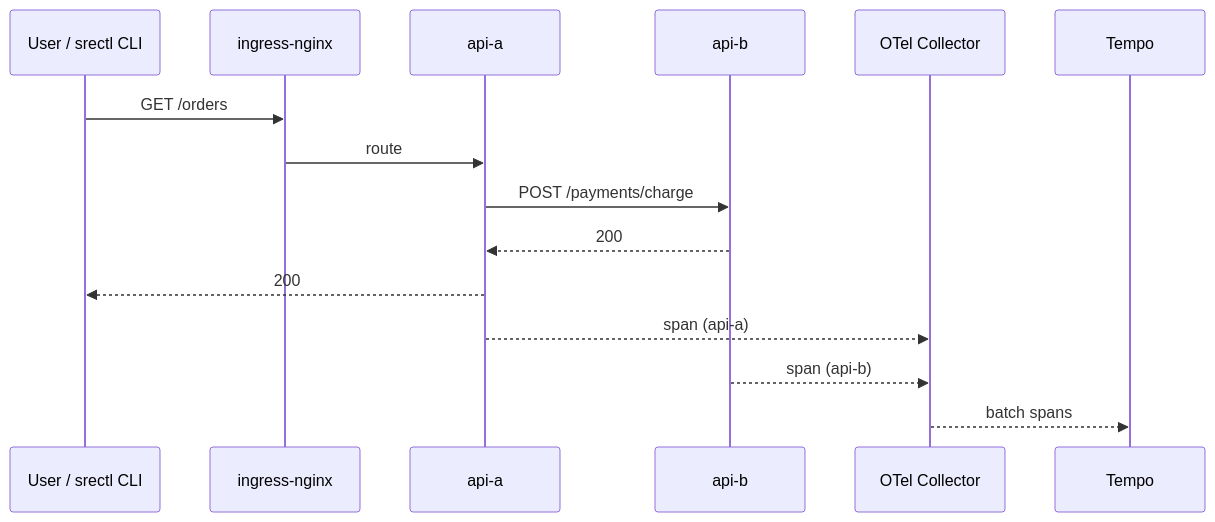
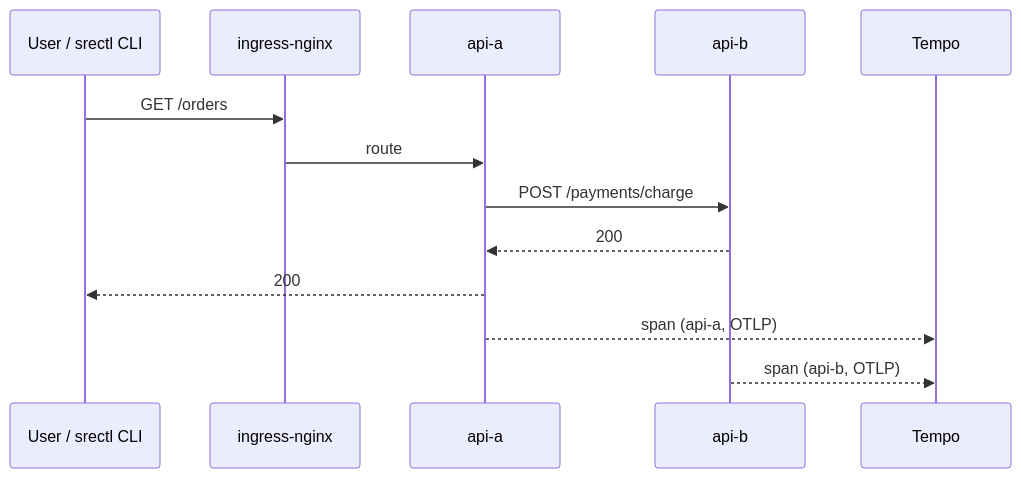
Before and after one commit to fabianoflorentino/srectl: the third of 5 diagrams in docs/en/ARCHITECTURE.md, drawn with Mermaid. The commit also changed other lines of this file and 16 other files, not shown here.

Commit message:
docs: refresh status/README, remove phantom OTel collector, add request-flow Mermaid to the site

````diff
--- a/docs/en/ARCHITECTURE.md
+++ b/docs/en/ARCHITECTURE.md
@@ -135,18 +133,16 @@
 ```mermaid
 sequenceDiagram
     participant U as User / srectl CLI
     participant NGX as ingress-nginx
     participant A as api-a
     participant B as api-b
-    participant O as OTel Collector
     participant T as Tempo
 
     U->>NGX: GET /orders
     NGX->>A: route
     A->>B: POST /payments/charge
     B-->>A: 200
     A-->>U: 200
-    A-->>O: span (api-a)
-    B-->>O: span (api-b)
-    O-->>T: batch spans
+    A-->>T: span (api-a, OTLP)
+    B-->>T: span (api-b, OTLP)
 ```
````
